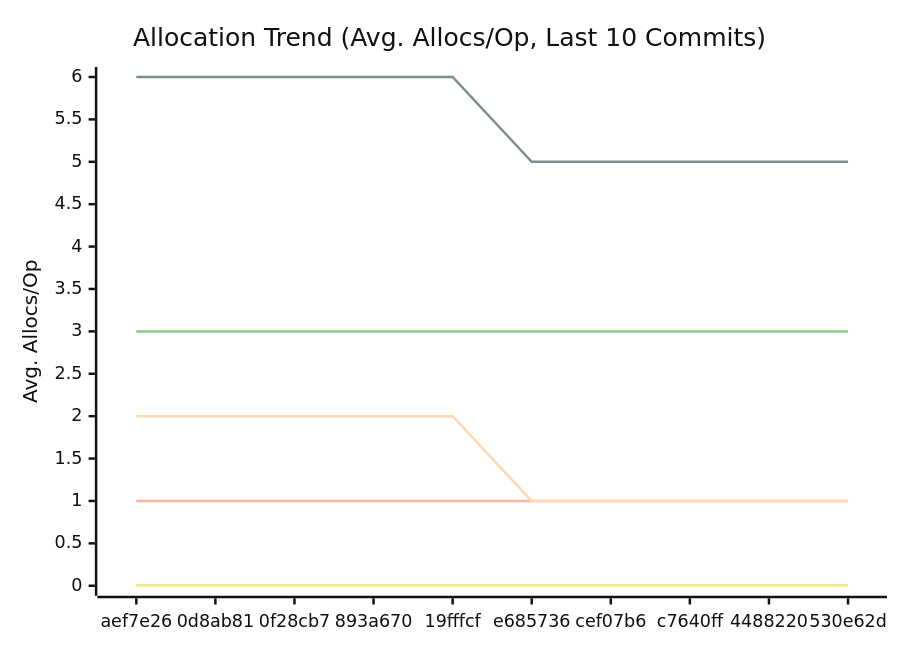
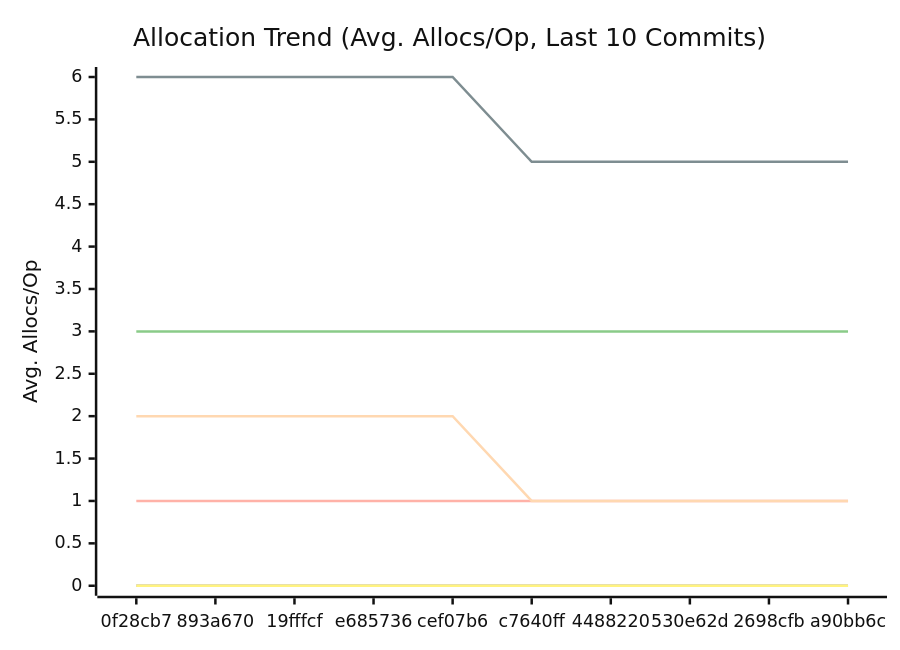
Before and after one commit to alsotoes/momo: the third of 3 diagrams in docs/PERFORMANCE.md, drawn with Mermaid (neutral theme). The commit also changed other lines of this file and 12 other files, not shown here.

````diff
--- a/docs/PERFORMANCE.md
+++ b/docs/PERFORMANCE.md
@@ -114,16 +114,16 @@
 ```mermaid
 xychart-beta
     title "Allocation Trend (Avg. Allocs/Op, Last 10 Commits)"
     x-axis "Commit"
     y-axis "Avg. Allocs/Op"
-    x-axis [aef7e26,0d8ab81,0f28cb7,893a670,19fffcf,e685736,cef07b6,c7640ff,4488220,530e62d]
+    x-axis [0f28cb7,893a670,19fffcf,e685736,cef07b6,c7640ff,4488220,530e62d,2698cfb,a90bb6c]
     line "CheckMetricsAndSwap" [0,0,0,0,0,0,0,0,0,0]
     line "CrushOptimized" [0,0,0,0,0,0,0,0,0,0]
     line "CrushOriginal" [3,3,3,3,3,3,3,3,3,3]
     line "IndexDirectTracking" [0,0,0,0,0,0,0,0,0,0]
     line "IndexSearch" [0,0,0,0,0,0,0,0,0,0]
     line "LoadGlobalConfig" [1,1,1,1,1,1,1,1,1,1]
     line "PadString" [0,0,0,0,0,0,0,0,0,0]
     line "ParseReplicationOrder_NoPrealloc" [6,6,6,6,6,5,5,5,5,5]
     line "ParseReplicationOrder_Prealloc" [2,2,2,2,2,1,1,1,1,1]
 ```
````
